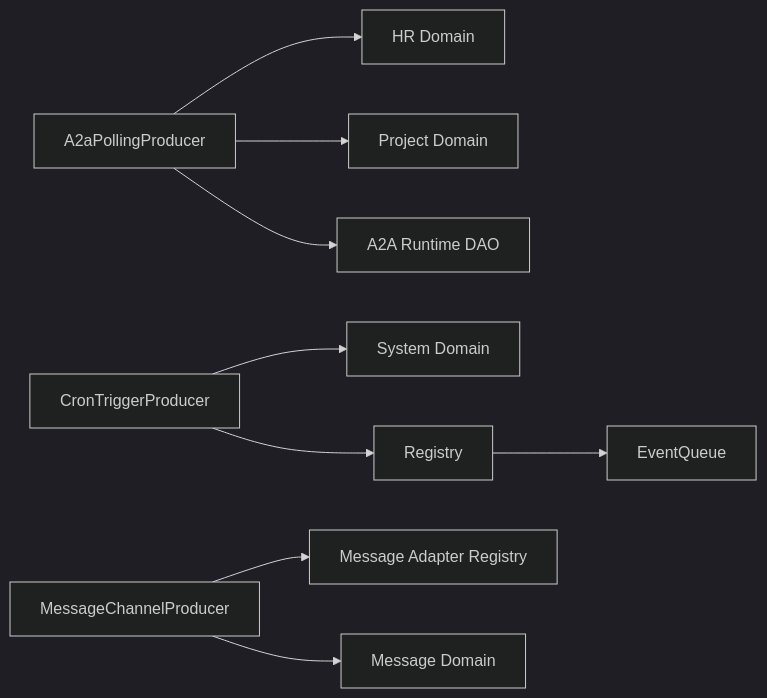
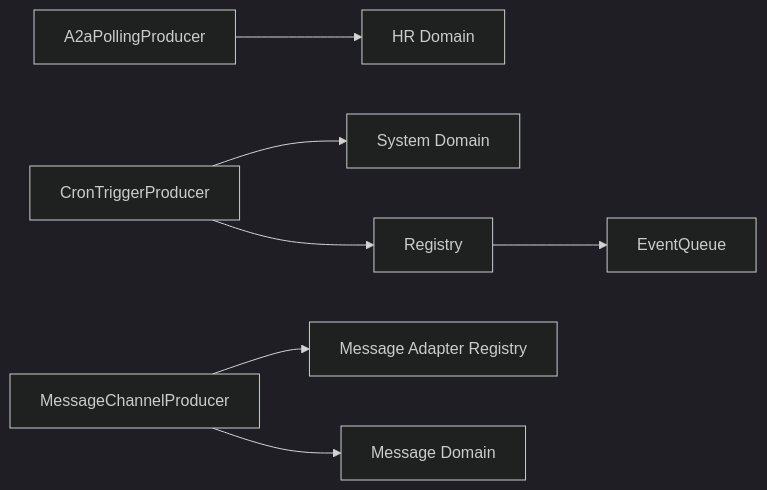
One commit to runningcoders/ai_orz changed the seventh of 7 diagrams in docs/wiki/zh/content/基础设施/AOP 事件系统/事件生产者/事件生产者.md. Above: the diagram before and after it, drawn with Mermaid (dark theme). The commit also changed other lines of this file and 37 other files, not shown here.

````diff
--- a/docs/wiki/zh/content/基础设施/AOP 事件系统/事件生产者/事件生产者.md
+++ b/docs/wiki/zh/content/基础设施/AOP 事件系统/事件生产者/事件生产者.md
@@ -282,11 +341,9 @@
 ```mermaid
 graph LR
 A2A["A2aPollingProducer"] --> HR["HR Domain"]
-A2A --> PROJ["Project Domain"]
-A2A --> A2ADAO["A2A Runtime DAO"]
 CRON["CronTriggerProducer"] --> SYS["System Domain"]
 CRON --> REG["Registry"]
 MC["MessageChannelProducer"] --> ADAPTER["Message Adapter Registry"]
 MC --> MSG["Message Domain"]
 REG --> QUEUE["EventQueue"]
 ```
````
